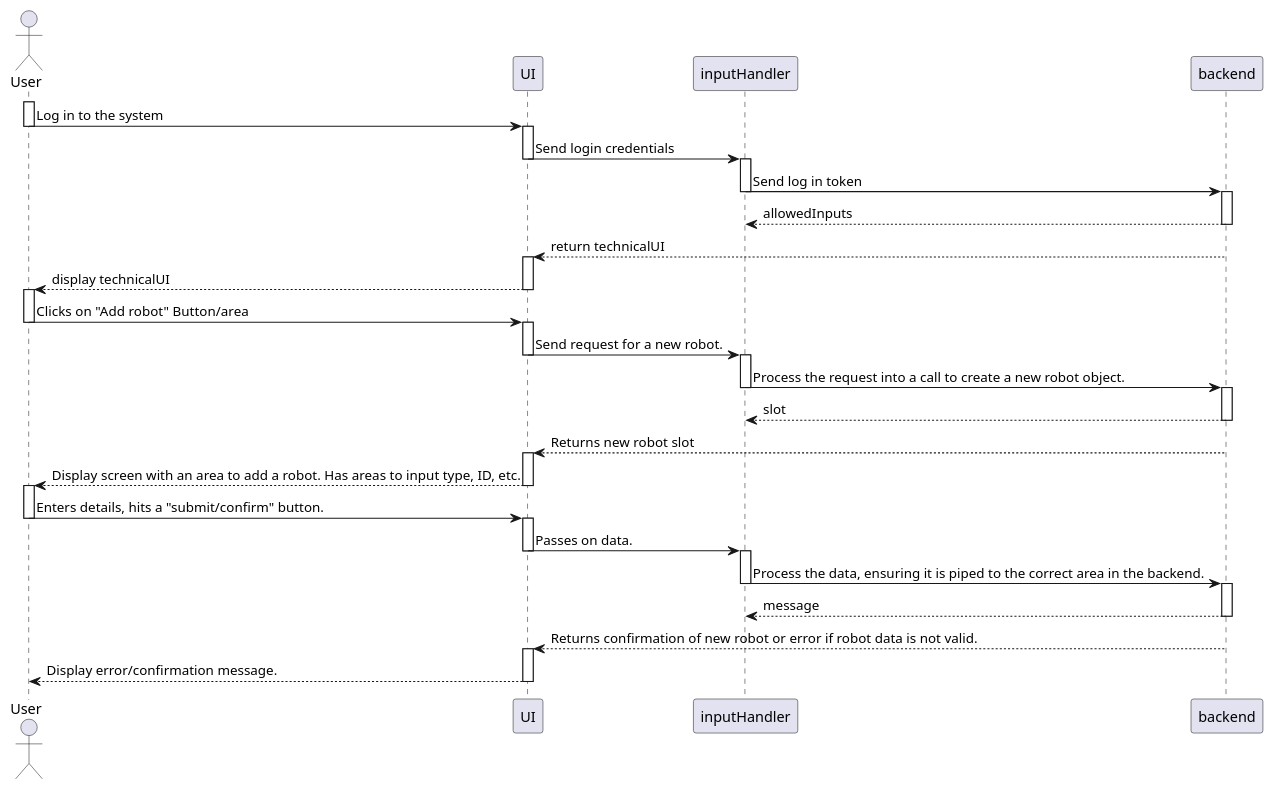
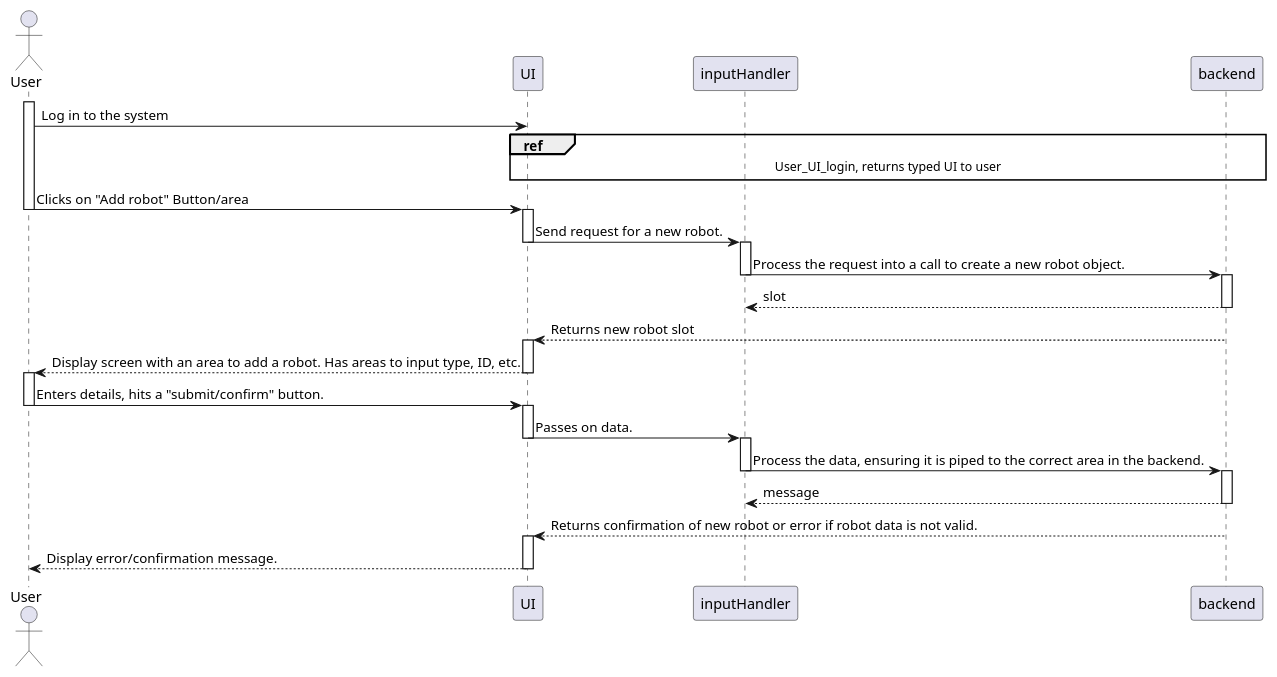
Before and after one commit to ur-swe-fa24/main-project-jeck-inc: the diagram in docs/design/Sequence/User_To_UI/User_UI_Techinical_View_Add_Robot.puml, drawn with PlantUML. The commit also changed 12 other files, not shown here.

Commit message:
added sequence1 fix assigned to me (refs in the sequence diagrams

```diff
--- a/docs/design/Sequence/User_To_UI/User_UI_Techinical_View_Add_Robot.puml
+++ b/docs/design/Sequence/User_To_UI/User_UI_Techinical_View_Add_Robot.puml
@@ -1,77 +1,57 @@
 @startuml aBasicSeqeunceDiagram
 
 actor User
 participant UI
 participant inputHandler 
 participant backend
 
 activate User 
-User -> UI: Log in to the system
-deactivate User 
-
-activate UI
-UI -> inputHandler: Send login credentials
-deactivate UI
-
-' waits for the backend to return. Ensures error handling is done gracefully.
-activate inputHandler
-inputHandler -> backend: Send log in token
-deactivate inputHandler
-
-activate backend
-return allowedInputs
-backend --> UI: return technicalUI
-deactivate backend
-
-'User is now logged in with a Techinical UI availible to them
-activate UI
-UI --> User: display technicalUI
-deactivate UI
-
-activate User
+User -> UI: Log in to the system 
+ref over UI, inputHandler, backend : User_UI_login, returns typed UI to user
+' UI --> User: display typed UI
 User -> UI: Clicks on "Add robot" Button/area
 deactivate User
 
 activate UI
 UI -> inputHandler: Send request for a new robot.
 deactivate UI
 
 activate inputHandler
 inputHandler -> backend: Process the request into a call to create a new robot object.
 deactivate inputHandler
 
 ' waits for the backend to return. Ensures error handling is done gracefully.
 activate backend
 return slot
 backend --> UI: Returns new robot slot
 deactivate backend
 
 activate UI
 UI --> User: Display screen with an area to add a robot. Has areas to input type, ID, etc.
 deactivate UI
 
 activate User
 User -> UI: Enters details, hits a "submit/confirm" button. 
 deactivate User
 
 activate UI
 UI -> inputHandler: Passes on data. 
 deactivate UI
 
 activate inputHandler
 inputHandler -> backend: Process the data, ensuring it is piped to the correct area in the backend.
 deactivate inputHandler
 
 ' waits for the backend to return. Ensures error handling is done gracefully.
 activate backend
 return message
 backend --> UI: Returns confirmation of new robot or error if robot data is not valid.
 deactivate backend
 
 activate UI
 UI --> User: Display error/confirmation message. 
 deactivate UI
 
 
  
 @enduml
```
